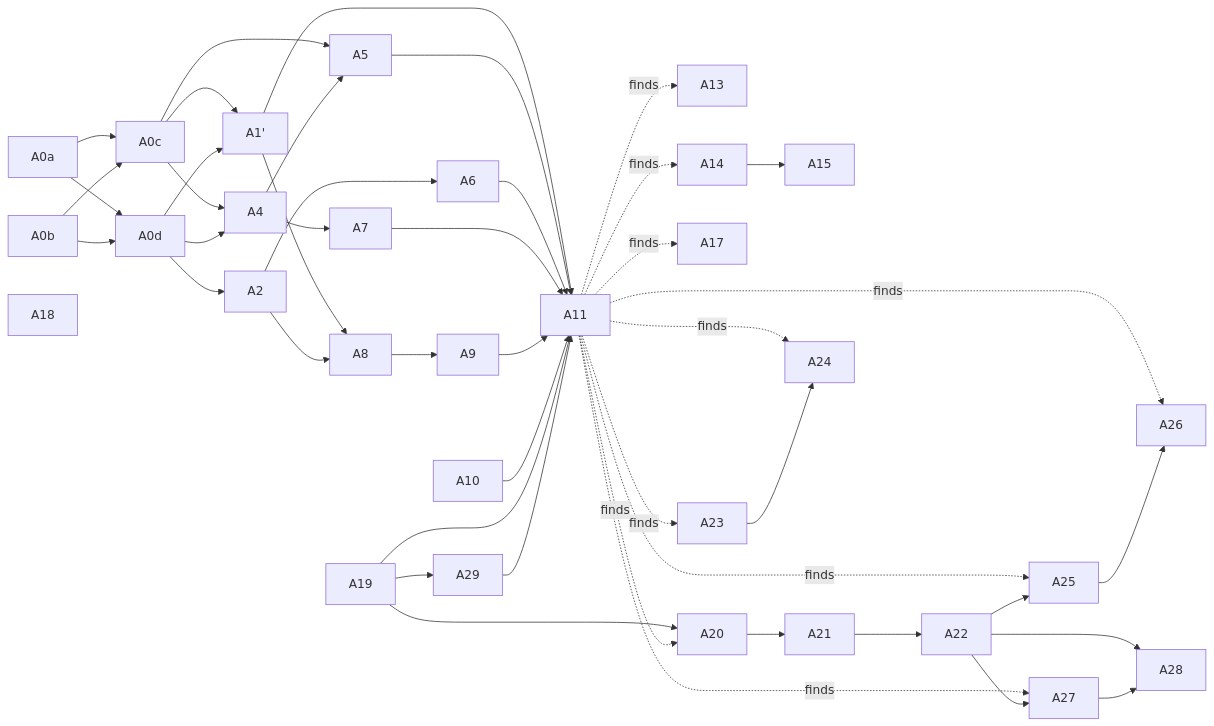
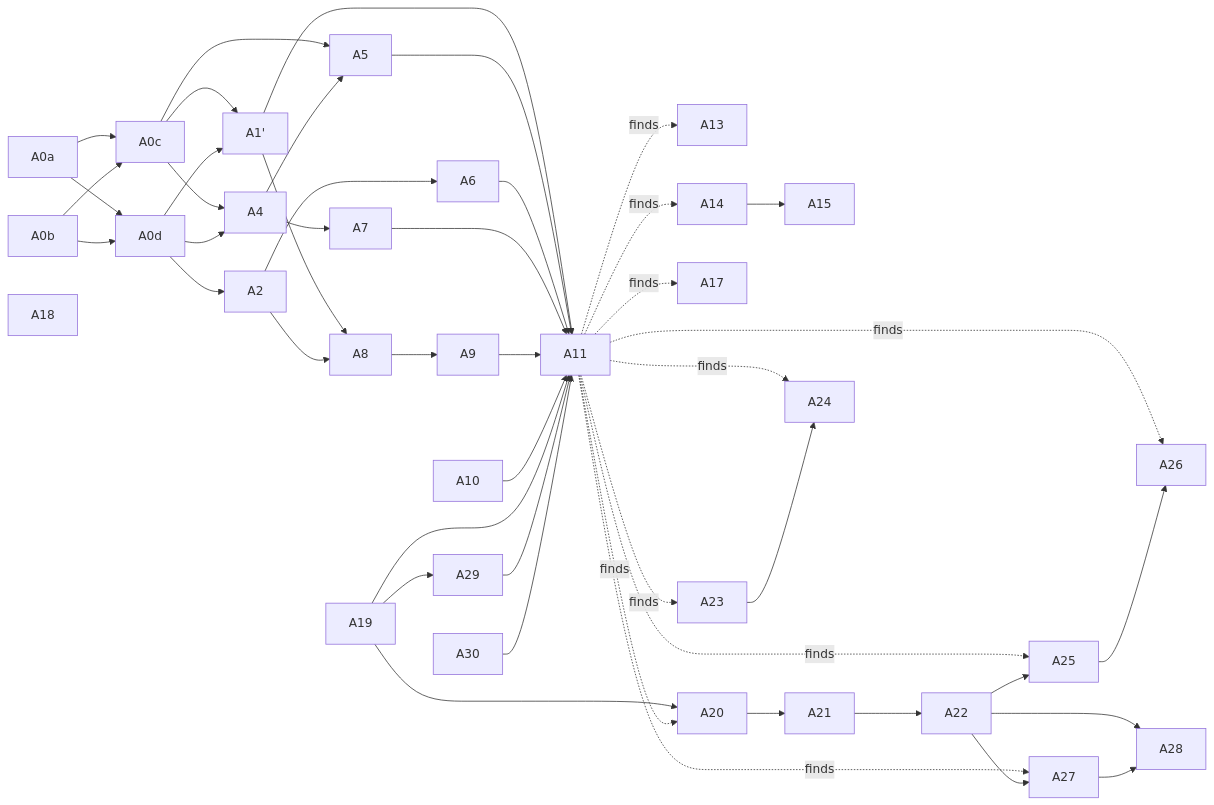
The diagram in docs/specs/automations/tickets/README.md (Rainnystone/larkent), drawn with Mermaid before and after one commit. The commit also changed other lines of this file, not shown here.

Commit message:
docs(automations): ticket A30 WS liveness watchdog

````diff
--- a/docs/specs/automations/tickets/README.md
+++ b/docs/specs/automations/tickets/README.md
@@ -63,44 +64,45 @@
 ```mermaid
 graph LR
   A0a --> A0c
   A0b --> A0c
   A0a --> A0d
   A0b --> A0d
   A0c --> A1p["A1'"]
   A0d --> A1p
   A0d --> A2
   A0c --> A4
   A0d --> A4
   A0c --> A5
   A4 --> A5
   A2 --> A6
   A4 --> A7
   A1p --> A8
   A2 --> A8
   A8 --> A9
   A10
   A1p & A5 & A6 & A7 & A9 & A10 --> A11
   A11 -.finds.-> A13
   A11 -.finds.-> A14
   A14 --> A15
   A11 -.finds.-> A17
   A18
   A19 --> A11
   A19 --> A20
   A11 -.finds.-> A20
   A20 --> A21
   A21 --> A22
   A11 -.finds.-> A23
   A11 -.finds.-> A24
   A11 -.finds.-> A25
   A11 -.finds.-> A26
   A11 -.finds.-> A27
   A23 --> A24
   A22 --> A25
   A25 --> A26
   A22 --> A27
   A22 --> A28
   A27 --> A28
   A19 --> A29
   A29 --> A11
+  A30 --> A11
 ```
````
